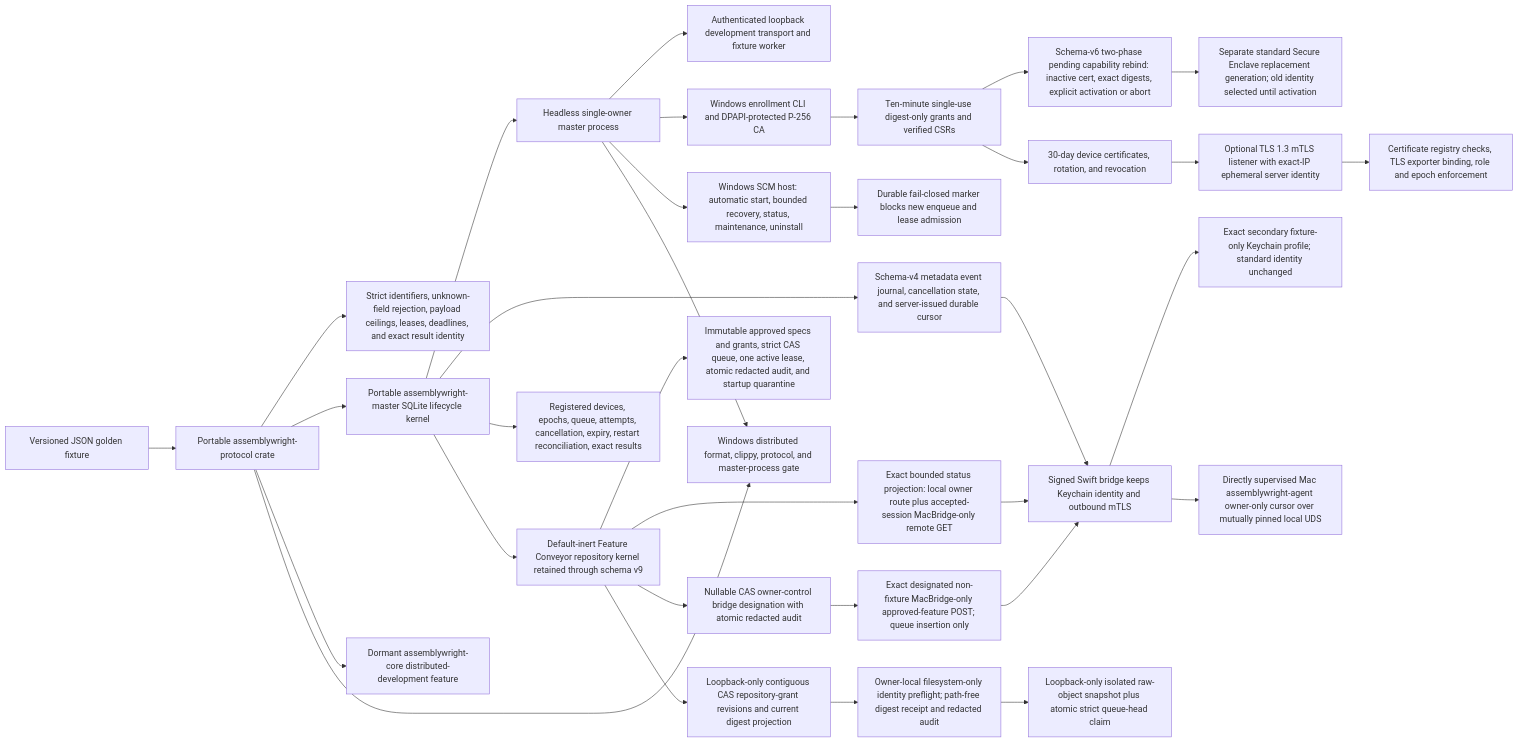
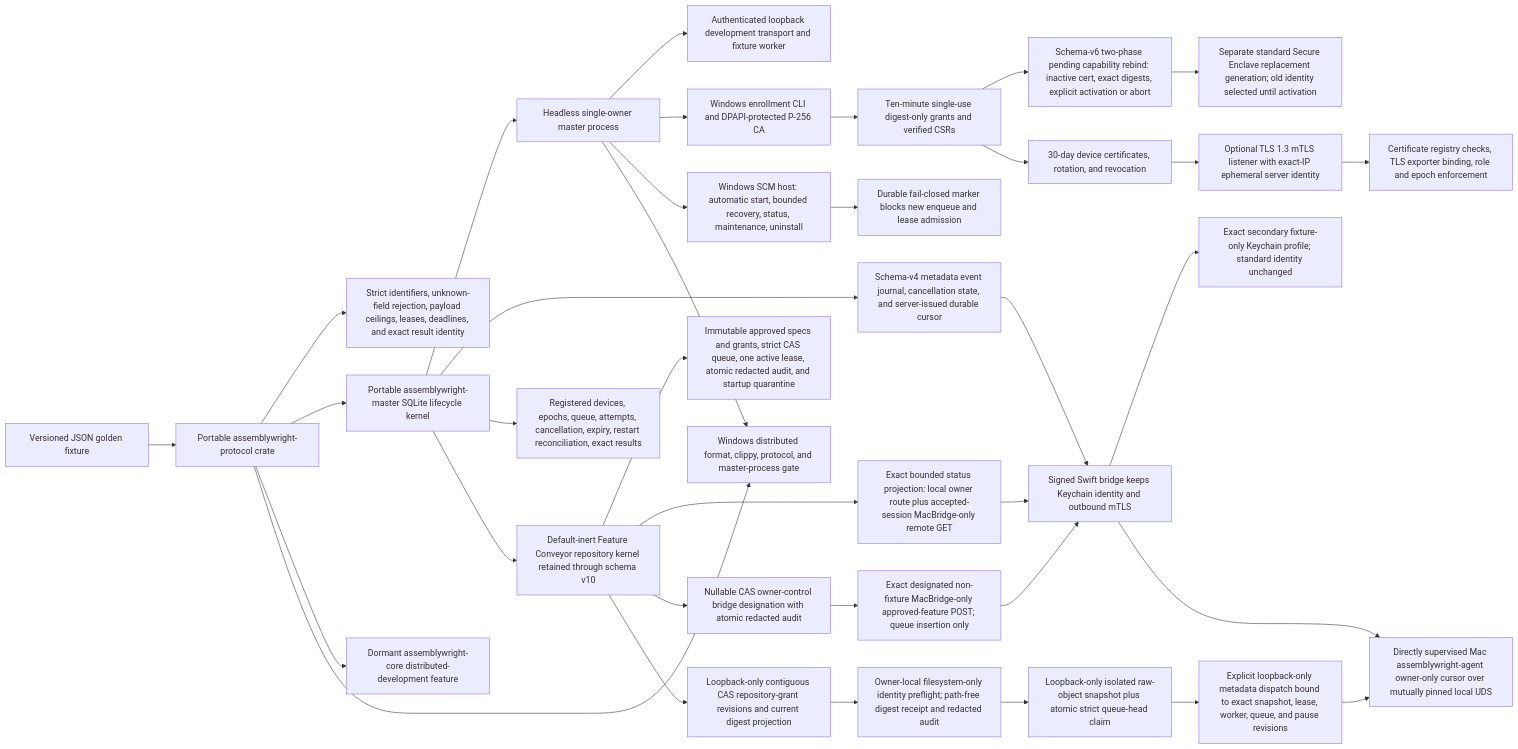
One commit to malak333/Assemblywright changed the first of 2 diagrams in docs/architecture-map.md. Above: the diagram before and after it, drawn with Mermaid. The commit also changed other lines of this file and 20 other files, not shown here.

Commit message:
Add snapshot-bound coding dispatch kernel

````diff
--- a/docs/architecture-map.md
+++ b/docs/architecture-map.md
@@ -7,35 +7,37 @@
 ```mermaid
 flowchart LR
   Fixture["Versioned JSON golden fixture"] --> Protocol["Portable assemblywright-protocol crate"]
   Protocol --> Bounds["Strict identifiers, unknown-field rejection, payload ceilings, leases, deadlines, and exact result identity"]
   Protocol --> Master["Portable assemblywright-master SQLite lifecycle kernel"]
   Master --> Process["Headless single-owner master process"]
   Process --> Local["Authenticated loopback development transport and fixture worker"]
   Process --> Identity["Windows enrollment CLI and DPAPI-protected P-256 CA"]
   Identity --> Grants["Ten-minute single-use digest-only grants and verified CSRs"]
   Grants --> Rebind["Schema-v6 two-phase pending capability rebind: inactive cert, exact digests, explicit activation or abort"]
   Rebind --> Replacement["Separate standard Secure Enclave replacement generation; old identity selected until activation"]
   Grants --> Certificates["30-day device certificates, rotation, and revocation"]
   Certificates --> Remote["Optional TLS 1.3 mTLS listener with exact-IP ephemeral server identity"]
   Remote --> Binding["Certificate registry checks, TLS exporter binding, role and epoch enforcement"]
   Master --> Events["Schema-v4 metadata event journal, cancellation state, and server-issued durable cursor"]
   Events --> Helper["Signed Swift bridge keeps Keychain identity and outbound mTLS"]
   Helper --> FixtureIdentity["Exact secondary fixture-only Keychain profile; standard identity unchanged"]
   Helper --> Agent["Directly supervised Mac assemblywright-agent owner-only cursor over mutually pinned local UDS"]
   Process --> Service["Windows SCM host: automatic start, bounded recovery, status, maintenance, uninstall"]
   Service --> Maintenance["Durable fail-closed marker blocks new enqueue and lease admission"]
   Master --> Durable["Registered devices, epochs, queue, attempts, cancellation, expiry, restart reconciliation, exact results"]
-  Master --> Conveyor["Default-inert Feature Conveyor repository kernel retained through schema v9"]
+  Master --> Conveyor["Default-inert Feature Conveyor repository kernel retained through schema v10"]
   Conveyor --> ConveyorSafety["Immutable approved specs and grants, strict CAS queue, one active lease, atomic redacted audit, and startup quarantine"]
   Conveyor --> Observer["Exact bounded status projection: local owner route plus accepted-session MacBridge-only remote GET"]
   Observer --> Helper
   Conveyor --> OwnerDesignation["Nullable CAS owner-control bridge designation with atomic redacted audit"]
   Conveyor --> GrantControl["Loopback-only contiguous CAS repository-grant revisions and current digest projection"]
   GrantControl --> RepositoryPreflight["Owner-local filesystem-only identity preflight; path-free digest receipt and redacted audit"]
   RepositoryPreflight --> SnapshotClaim["Loopback-only isolated raw-object snapshot plus atomic strict queue-head claim"]
+  SnapshotClaim --> CodingDispatch["Explicit loopback-only metadata dispatch bound to exact snapshot, lease, worker, queue, and pause revisions"]
+  CodingDispatch --> Agent
   OwnerDesignation --> OwnerAction["Exact designated non-fixture MacBridge-only approved-feature POST; queue insertion only"]
   OwnerAction --> Helper
   Protocol --> Feature["Dormant assemblywright-core distributed-development feature"]
   Protocol --> Windows["Windows distributed format, clippy, protocol, and master-process gate"]
   Process --> Windows
 ```
````
